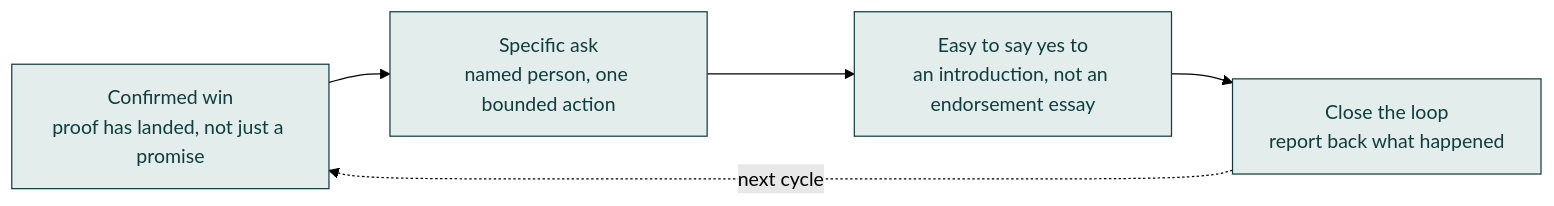
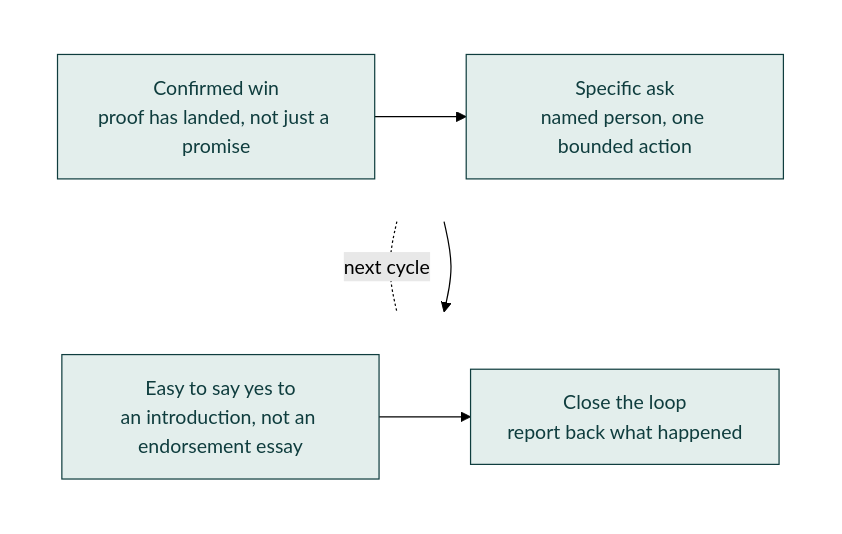
Before and after one commit to bcode73/samsec-sales-skill: the diagram in Sales-Blueprint/visuals/diagrams/figure-11.1-referral-flywheel.mmd, drawn with Mermaid (forest theme). The commit also changed 6 other files, not shown here.

First line of the commit message:
Fix diagram proportions: 7 diagrams were rendering as flat ribbons

```diff
--- a/Sales-Blueprint/visuals/diagrams/figure-11.1-referral-flywheel.mmd
+++ b/Sales-Blueprint/visuals/diagrams/figure-11.1-referral-flywheel.mmd
@@ -1,11 +1,19 @@
 %% Figure 11.1: The Referral Flywheel
 %% Placement: manuscript/part-02-blueprint-framework/module-11-turn-customers-into-advocates.md
 %% Caption: Figure 11.1: deliver a confirmed win, ask specifically, make it easy, then close the loop. Each cycle makes the next one easier.
-flowchart LR
-    WIN["Confirmed win\nproof has landed, not just a promise"] --> ASK["Specific ask\nnamed person, one bounded action"]
-    ASK --> EASY["Easy to say yes to\nan introduction, not an endorsement essay"]
-    EASY --> CLOSE["Close the loop\nreport back what happened"]
-    CLOSE -.next cycle.-> WIN
+flowchart TD
+    subgraph Row1 [" "]
+        direction LR
+        WIN["Confirmed win\nproof has landed, not just a promise"] --> ASK["Specific ask\nnamed person, one bounded action"]
+    end
+    subgraph Row2 [" "]
+        direction LR
+        EASY["Easy to say yes to\nan introduction, not an endorsement essay"] --> CLOSE["Close the loop\nreport back what happened"]
+    end
+    WIN <-.-|next cycle| CLOSE
+    ASK --> EASY
 
     classDef step fill:#E3EEEC,stroke:#0F3D3E,color:#0F3D3E;
     class WIN,ASK,EASY,CLOSE step;
+    style Row1 fill:transparent,stroke:transparent
+    style Row2 fill:transparent,stroke:transparent
```
